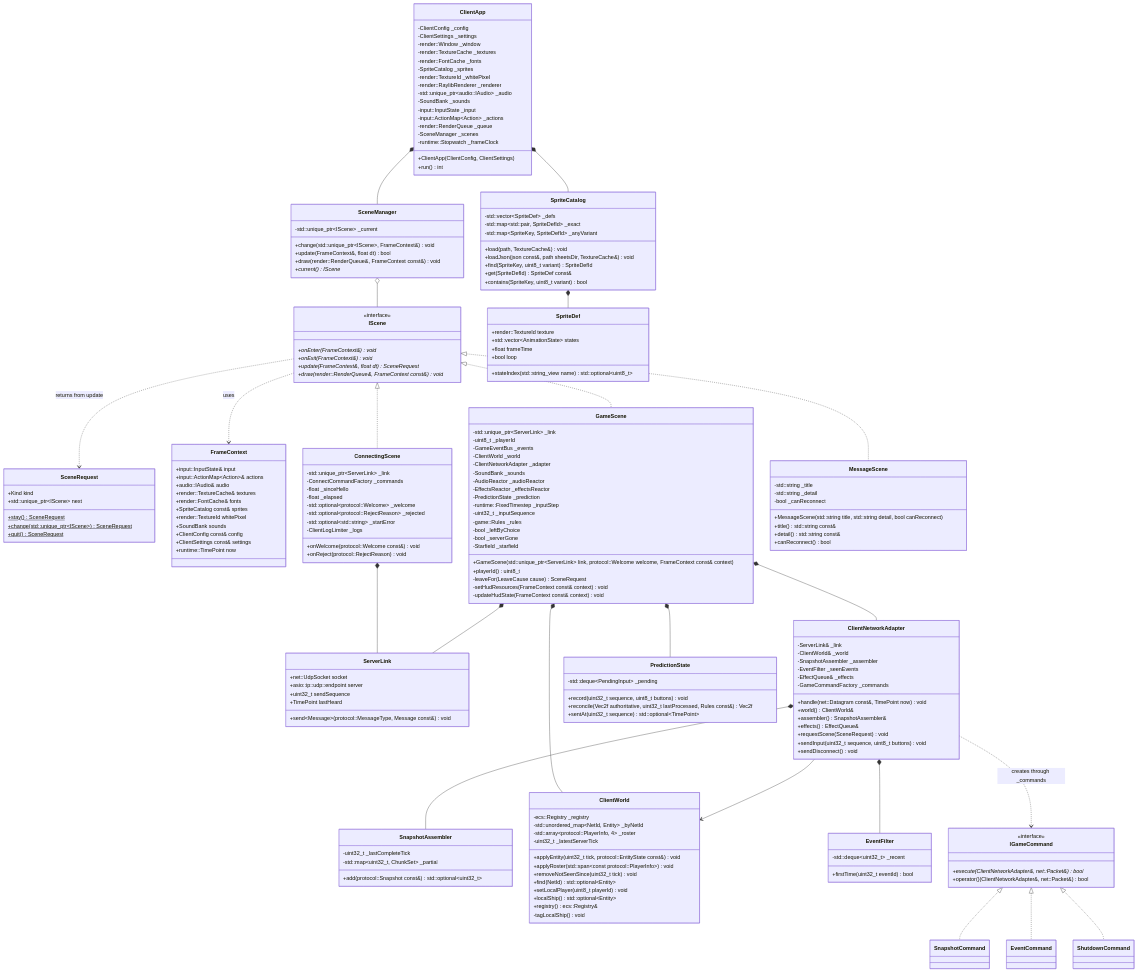
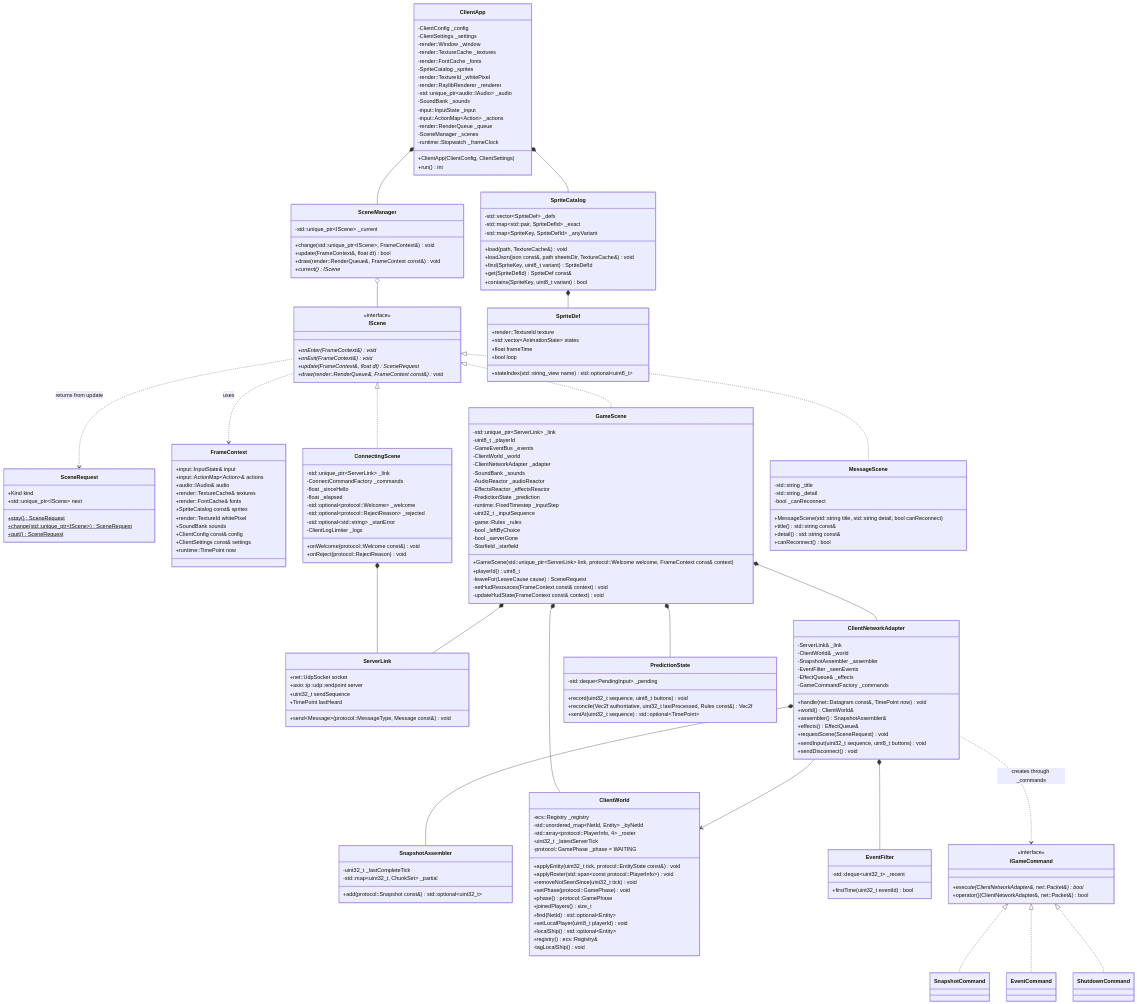
One commit to janumaruku/r-type changed the diagram in docs/modules/client.md. Above: the diagram before and after it, drawn with Mermaid. The commit also changed other lines of this file and 44 other files, not shown here.

Commit message:
feat(game): Wait for enough players before starting a game

```diff
--- a/docs/modules/client.md
+++ b/docs/modules/client.md
@@ -151,9 +151,13 @@
         -std::unordered_map~NetId, Entity~ _byNetId
         -std::array~protocol::PlayerInfo, 4~ _roster
         -uint32_t _latestServerTick
+        -protocol::GamePhase _phase = WAITING
         +applyEntity(uint32_t tick, protocol::EntityState const&) void
         +applyRoster(std::span~const protocol::PlayerInfo~) void
         +removeNotSeenSince(uint32_t tick) void
+        +setPhase(protocol::GamePhase) void
+        +phase() protocol::GamePhase
+        +joinedPlayers() size_t
         +find(NetId) std::optional~Entity~
         +setLocalPlayer(uint8_t playerId) void
         +localShip() std::optional~Entity~
```
